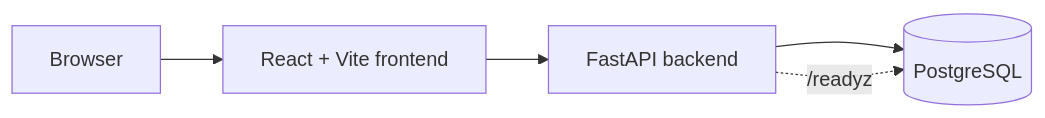
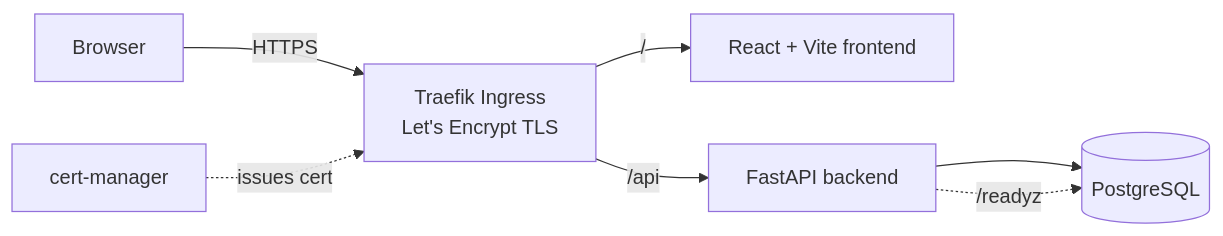
One commit to artaoheed/baseline-LLMOps changed the first of 2 diagrams in README.md. Above: the diagram before and after it, drawn with Mermaid. The commit also changed other lines of this file, not shown here.

Commit message:
docs: update README for Phase 3 — cloud infra, k3s, HTTPS

````diff
--- a/README.md
+++ b/README.md
@@ -28,7 +32,9 @@
 ```mermaid
 flowchart LR
-    U[Browser] --> FE[React + Vite frontend]
-    FE --> API[FastAPI backend]
+    U[Browser] -->|HTTPS| ING[Traefik Ingress<br/>Let's Encrypt TLS]
+    ING -->|"/"| FE[React + Vite frontend]
+    ING -->|"/api"| API[FastAPI backend]
     API --> DB[(PostgreSQL)]
     API -. /readyz .-> DB
+    CM[cert-manager] -.->|issues cert| ING
 ```
````
